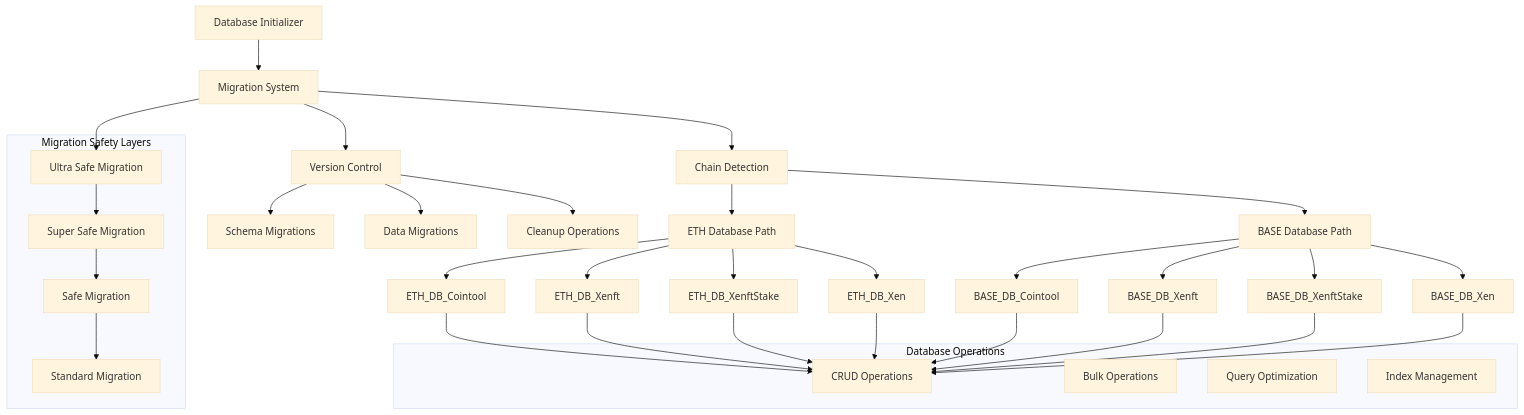
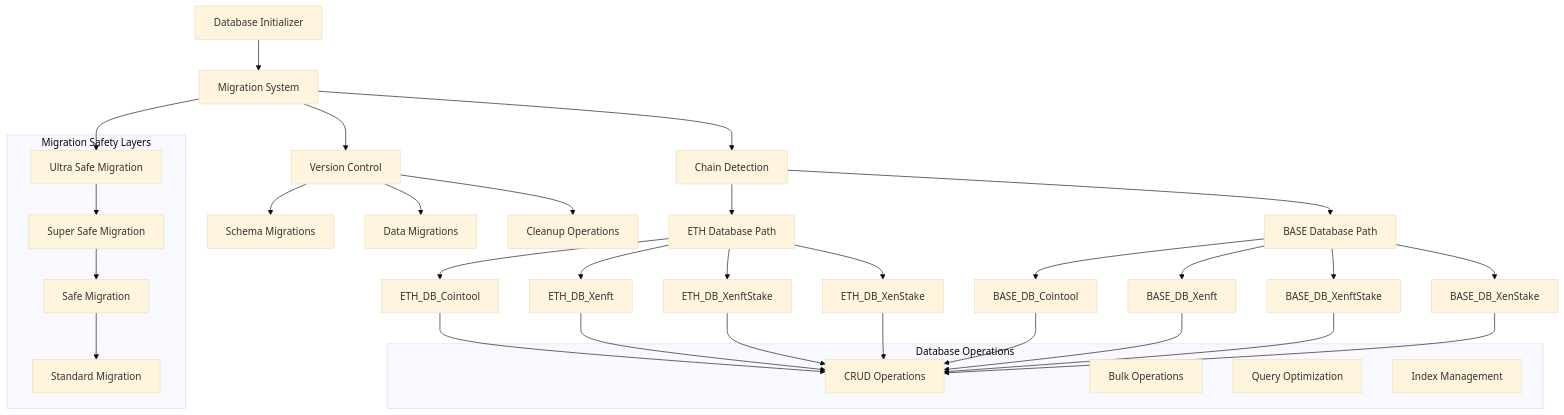
The sixth of 14 diagrams in flow.md (JozefJarosciak/wenxen.com), drawn with Mermaid (base theme) before and after one commit. The commit also changed other lines of this file and 2 other files, not shown here.

Commit message:
Base Support - fixes

````diff
--- a/flow.md
+++ b/flow.md
@@ -256,50 +238,50 @@
 ```mermaid
 graph TB
     A[Database Initializer] --> B[Migration System]
     B --> C[Chain Detection]
     C --> D[ETH Database Path]
     C --> E[BASE Database Path]
     
     D --> F[ETH_DB_Cointool]
     D --> G[ETH_DB_Xenft]
     D --> H[ETH_DB_XenftStake]
-    D --> I[ETH_DB_Xen]
+    D --> I[ETH_DB_XenStake]
     
     E --> J[BASE_DB_Cointool]
     E --> K[BASE_DB_Xenft]
     E --> L[BASE_DB_XenftStake]
-    E --> M[BASE_DB_Xen]
+    E --> M[BASE_DB_XenStake]
     
     B --> N[Version Control]
     N --> O[Schema Migrations]
     N --> P[Data Migrations]
     N --> Q[Cleanup Operations]
     
     subgraph "Migration Safety Layers"
         R[Ultra Safe Migration]
         S[Super Safe Migration]
         T[Safe Migration]
         U[Standard Migration]
     end
     
     B --> R
     R --> S
     S --> T
     T --> U
     
     subgraph "Database Operations"
         V[CRUD Operations]
         W[Bulk Operations]
         X[Query Optimization]
         Y[Index Management]
     end
     
     F --> V
     G --> V
     H --> V
     I --> V
     J --> V
     K --> V
     L --> V
     M --> V
 ```
````
